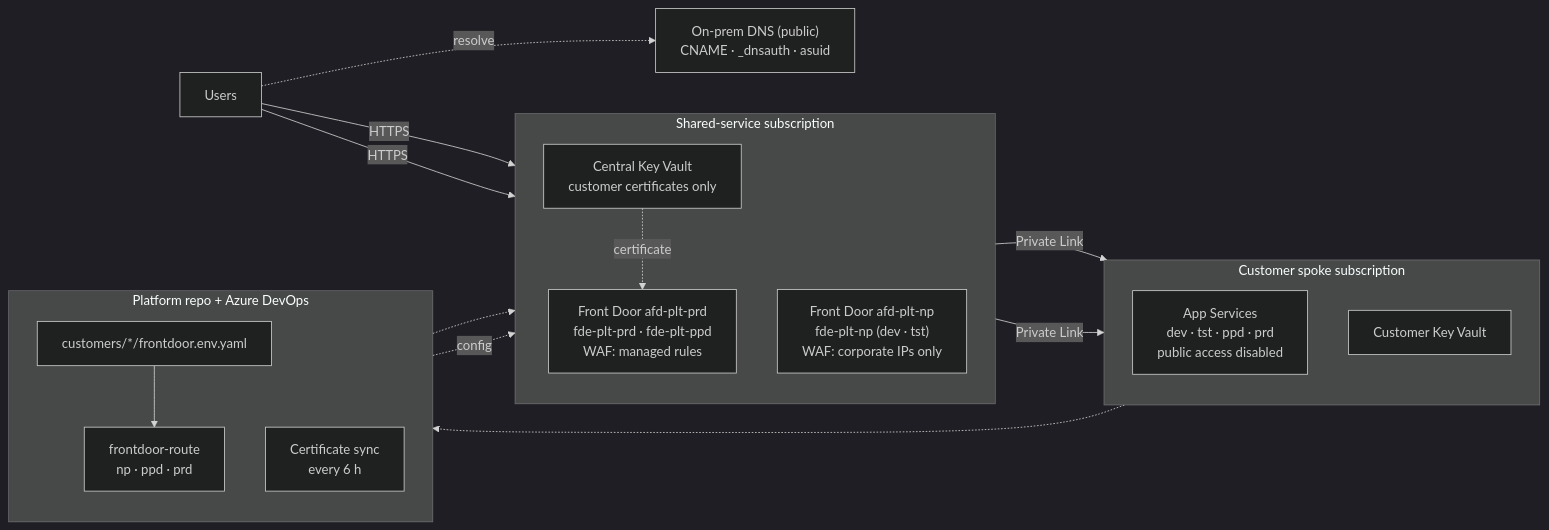
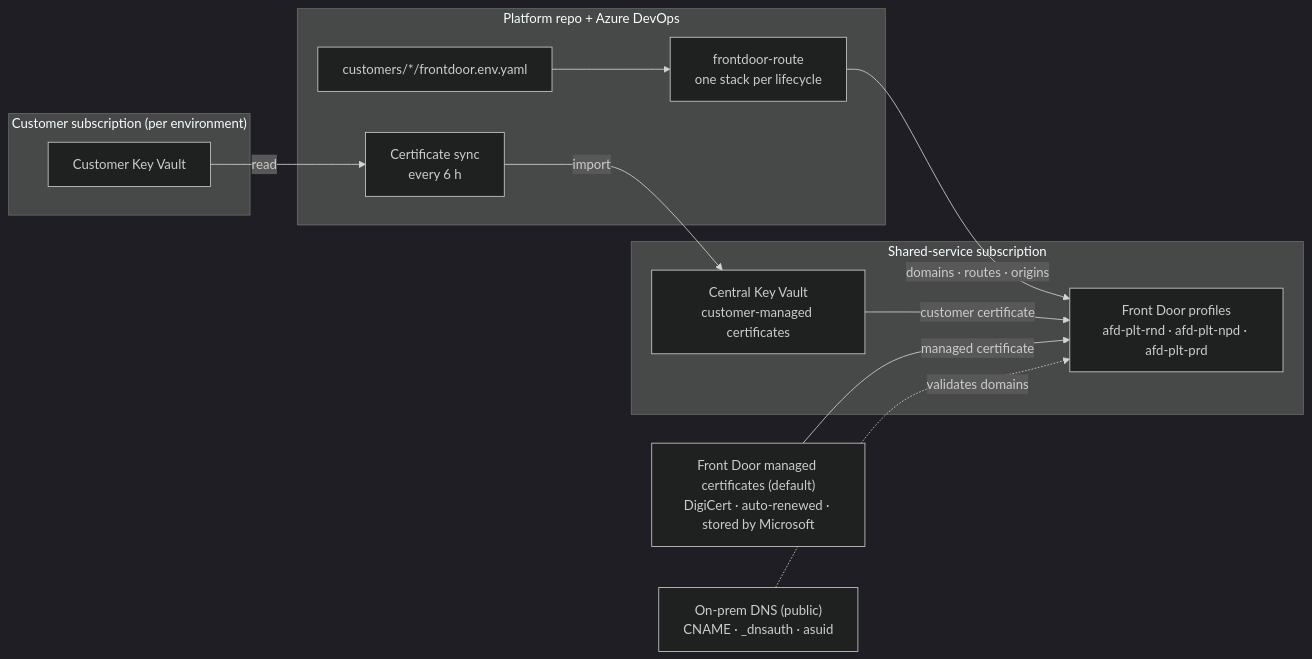
The second of 2 diagrams in architecture/frontdoor/frontdoor_design.md (msdhn/msdhn-projects), drawn with Mermaid (dark theme) before and after one commit. The commit also changed other lines of this file and 6 other files, not shown here.

````diff
--- a/architecture/frontdoor/frontdoor_design.md
+++ b/architecture/frontdoor/frontdoor_design.md
@@ -16,37 +74,28 @@
 ```mermaid
 flowchart LR
-    user["Users"]
-    dns["On-prem DNS (public)<br/>CNAME · _dnsauth · asuid"]
-
-    subgraph shared["Shared-service subscription"]
-        direction TB
-        afdprd["Front Door afd-plt-prd<br/>fde-plt-prd · fde-plt-ppd<br/>WAF: managed rules"]
-        afdnp["Front Door afd-plt-np<br/>fde-plt-np (dev · tst)<br/>WAF: corporate IPs only"]
-        kv["Central Key Vault<br/>customer certificates only"]
+    subgraph ops["Platform repo + Azure DevOps"]
+        cfg["customers/*/frontdoor.env.yaml"]
+        route["frontdoor-route<br/>one stack per lifecycle"]
+        sync["Certificate sync<br/>every 6 h"]
     end
 
-    subgraph spoke["Customer spoke subscription"]
-        direction TB
-        app["App Services<br/>dev · tst · ppd · prd<br/>public access disabled"]
+    subgraph cust["Customer subscription (per environment)"]
         ckv["Customer Key Vault"]
     end
 
-    subgraph ops["Platform repo + Azure DevOps"]
-        direction TB
-        cfg["customers/*/frontdoor.env.yaml"]
-        route["frontdoor-route<br/>np · ppd · prd"]
-        sync["Certificate sync<br/>every 6 h"]
+    subgraph shared["Shared-service subscription"]
+        kv["Central Key Vault<br/>customer-managed certificates"]
+        afd["Front Door profiles<br/>afd-plt-rnd · afd-plt-npd · afd-plt-prd"]
     end
 
-    user -.->|resolve| dns
-    user -->|HTTPS| afdprd
-    user -->|HTTPS| afdnp
-    afdprd -->|Private Link| app
-    afdnp -->|Private Link| app
-    kv -.->|certificate| afdprd
+    mcert["Front Door managed certificates (default)<br/>DigiCert · auto-renewed · stored by Microsoft"]
+    dns["On-prem DNS (public)<br/>CNAME · _dnsauth · asuid"]
 
     cfg --> route
-    route -.->|config| shared
-    ckv -.-> sync
-    sync -.-> kv
+    route -->|domains · routes · origins| afd
+    ckv -->|read| sync
+    sync -->|import| kv
+    kv -->|customer certificate| afd
+    mcert -->|managed certificate| afd
+    dns -.->|validates domains| afd
 ```
````
